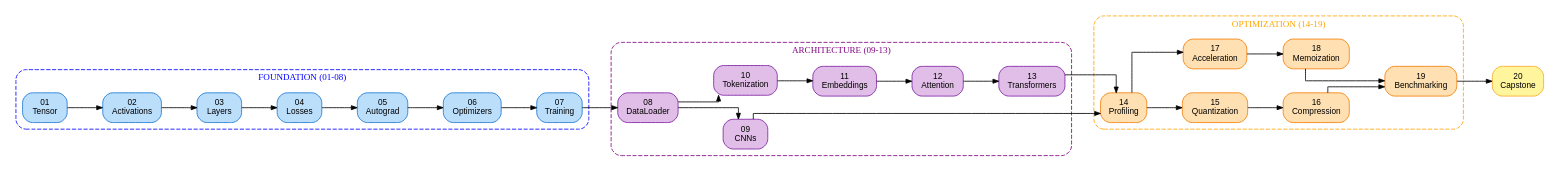
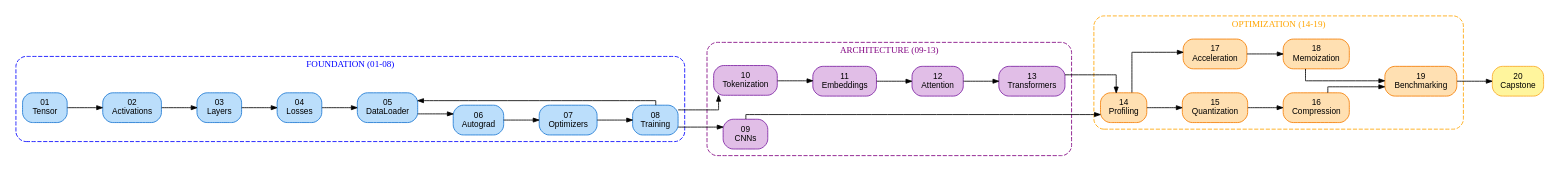
The diagram in tinytorch/paper/module_flow.dot (harvard-edge/cs249r_book), drawn with Graphviz before and after one commit. The commit also changed 13 other files, not shown here.

```diff
--- a/tinytorch/paper/module_flow.dot
+++ b/tinytorch/paper/module_flow.dot
@@ -1,93 +1,95 @@
 // TinyTorch Module Dependency Graph
 // Render with: dot -Tpdf module_flow.dot -o module_flow.pdf
 // Or: dot -Tpng module_flow.dot -o module_flow.png
 
 digraph TinyTorch {
     // Global settings
     rankdir=LR;
     splines=ortho;
     nodesep=0.4;
     ranksep=0.6;
     node [shape=box, style="rounded,filled", fontsize=10, fontname="Helvetica"];
     edge [arrowsize=0.7];
 
     // === FOUNDATION TIER (01-08) ===
     subgraph cluster_foundation {
         label="FOUNDATION (01-08)";
         labelloc=t;
         style="dashed,rounded";
         color=blue;
         fontcolor=blue;
         fontsize=11;
 
         node [fillcolor="#bbdefb", color="#1976d2"];
 
         T [label="01\nTensor"];
         A [label="02\nActivations"];
         L [label="03\nLayers"];
         Loss [label="04\nLosses"];
-        Auto [label="05\nAutograd"];
-        Opt [label="06\nOptimizers"];
-        Train [label="07\nTraining"];
+        Data [label="05\nDataLoader"];
+        Auto [label="06\nAutograd"];
+        Opt [label="07\nOptimizers"];
+        Train [label="08\nTraining"];
 
-        T -> A -> L -> Loss -> Auto -> Opt -> Train;
+        T -> A -> L -> Loss -> Data -> Auto -> Opt -> Train;
     }
 
     // === ARCHITECTURE TIER (09-13) ===
     subgraph cluster_architecture {
         label="ARCHITECTURE (09-13)";
         labelloc=t;
         style="dashed,rounded";
         color=purple;
         fontcolor=purple;
         fontsize=11;
 
         node [fillcolor="#e1bee7", color="#7b1fa2"];
 
-        Data [label="08\nDataLoader"];
-
         // Vision path
         Spatial [label="09\nCNNs"];
 
         // Language path
         Tok [label="10\nTokenization"];
         Emb [label="11\nEmbeddings"];
         Att [label="12\nAttention"];
         Trans [label="13\nTransformers"];
 
-        Data -> Spatial;
-        Data -> Tok -> Emb -> Att -> Trans;
+        Tok -> Emb -> Att -> Trans;
     }
+
+    // Connections from Foundation to Architecture
+    Train -> Spatial;
+    Train -> Tok;
 
     // === OPTIMIZATION TIER (14-19) ===
     subgraph cluster_optimization {
         label="OPTIMIZATION (14-19)";
         labelloc=t;
         style="dashed,rounded";
         color=orange;
         fontcolor=orange;
         fontsize=11;
 
         node [fillcolor="#ffe0b2", color="#f57c00"];
 
         Prof [label="14\nProfiling"];
         Quant [label="15\nQuantization"];
         Comp [label="16\nCompression"];
         Accel [label="17\nAcceleration"];
         Memo [label="18\nMemoization"];
         Bench [label="19\nBenchmarking"];
 
         Prof -> Quant -> Comp -> Bench;
         Prof -> Accel -> Memo -> Bench;
     }
 
     // === CAPSTONE (20) ===
     Cap [label="20\nCapstone", fillcolor="#fff59d", color="#f9a825"];
 
     // === CROSS-TIER CONNECTIONS ===
     Train -> Data;
     Spatial -> Prof;
     Trans -> Prof;
     Bench -> Cap;
 
 }
```
